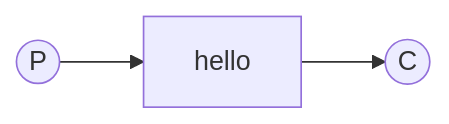
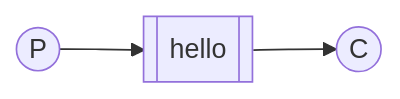
One commit to thiagochfc/RabbitMQ.Tutorial changed the third of 6 diagrams in README.md. Above: the diagram before and after it, drawn with Mermaid. The commit also changed other lines of this file and 7 other files, not shown here.

````diff
--- a/README.md
+++ b/README.md
@@ -103,6 +110,4 @@
 ```mermaid
-
 flowchart LR
-    Producer((P)) --> Queue[hello] --> Consumer((C))
-
+    Producer((P)) --> Queue[[hello]] --> Consumer((C))
 ```
````
